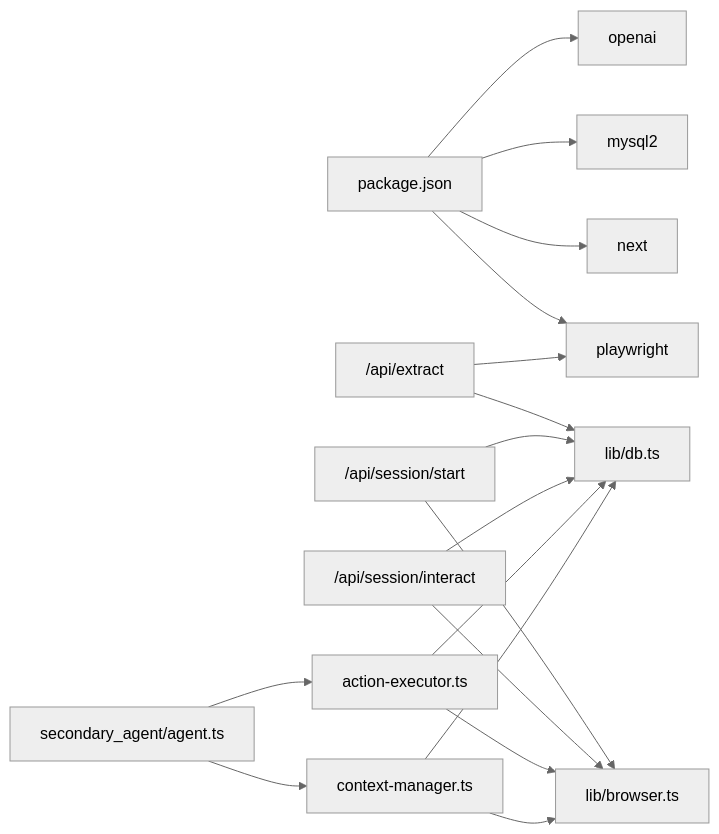
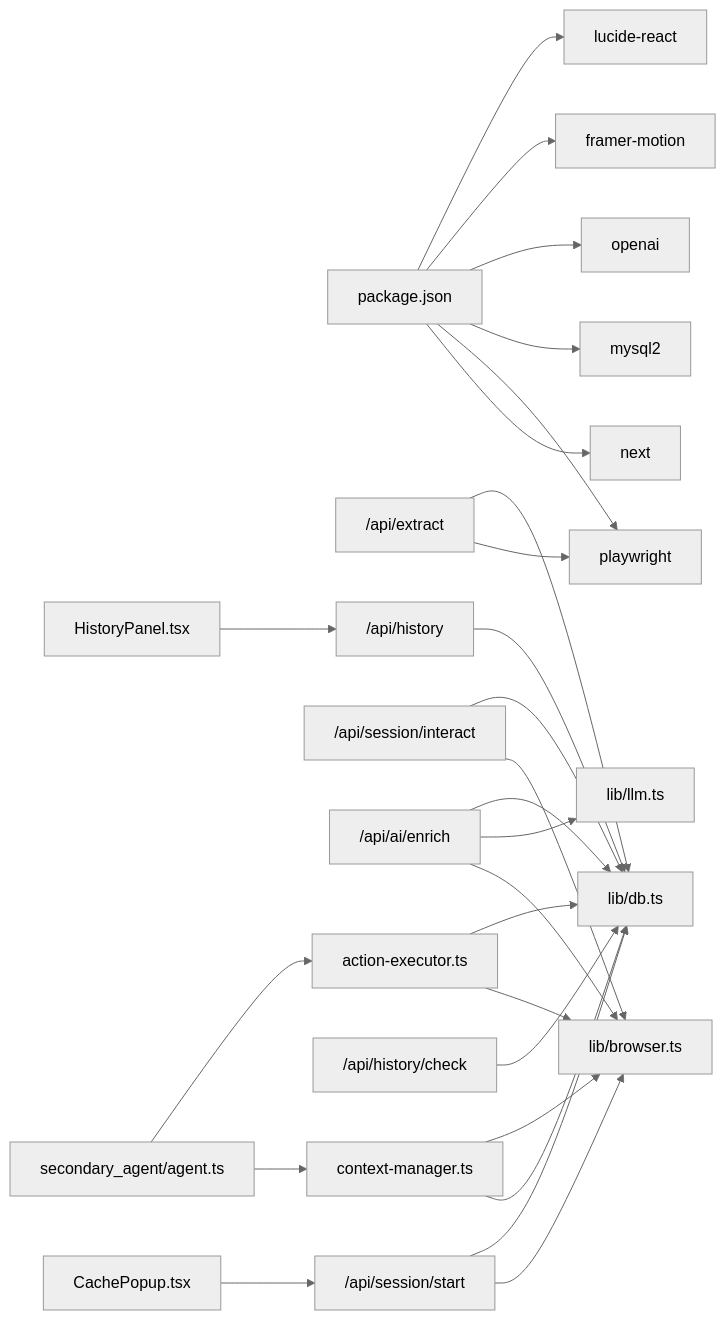
Before and after one commit to alikhan37544/InteractGenxSRM-1: diagram 14 of 14 in .qoder/repowiki/en/content/Extraction Script System/Extraction Script System.md, drawn with Mermaid (neutral theme). The commit also changed other lines of this file and 6645 other files, not shown here.

````diff
--- a/.qoder/repowiki/en/content/Extraction Script System/Extraction Script System.md
+++ b/.qoder/repowiki/en/content/Extraction Script System/Extraction Script System.md
@@ -460,19 +727,28 @@
 ```mermaid
 graph LR
 Pkg["package.json"] --> Next["next"]
 Pkg --> PW["playwright"]
 Pkg --> MySQL["mysql2"]
 Pkg --> OA["openai"]
+Pkg --> FM["framer-motion"]
+Pkg --> LR["lucide-react"]
 API1["/api/extract"] --> PW
 API1 --> DBLib["lib/db.ts"]
 API2["/api/session/start"] --> Browser["lib/browser.ts"]
 API2 --> DBLib
 API3["/api/session/interact"] --> Browser
 API3 --> DBLib
+API4["/api/ai/enrich"] --> Browser
+API4 --> LLM["lib/llm.ts"]
+API4 --> DBLib
+API5["/api/history"] --> DBLib
+API6["/api/history/check"] --> DBLib
 SecAgent["secondary_agent/agent.ts"] --> CtxMgr["context-manager.ts"]
 SecAgent --> ActExec["action-executor.ts"]
 ActExec --> Browser
 ActExec --> DBLib
 CtxMgr --> DBLib
 CtxMgr --> Browser
+UI1["CachePopup.tsx"] --> API2
+UI2["HistoryPanel.tsx"] --> API5
 ```
````
